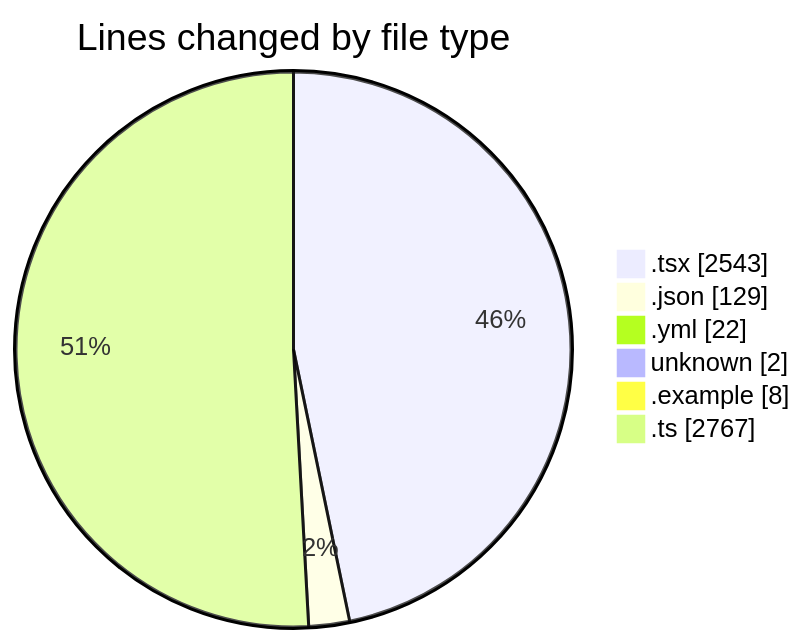
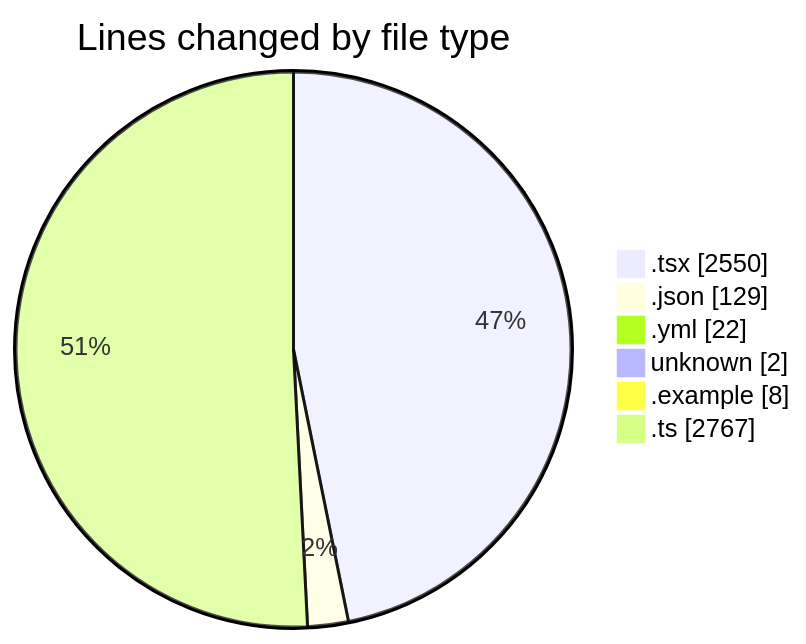
Before and after one commit to julien-gomy/code-tracking: the first of 2 diagrams in 2025-11-21/eventscop-frontend-guide__workspace_/README.md, drawn with Mermaid. The commit also changed other lines of this file and 1 other file, not shown here.

````diff
--- a/2025-11-21/eventscop-frontend-guide__workspace_/README.md
+++ b/2025-11-21/eventscop-frontend-guide__workspace_/README.md
@@ -58,10 +58,10 @@
 ```mermaid
 pie showData
 title Lines changed by file type
-".tsx" : 2543
+".tsx" : 2550
 ".json" : 129
 ".yml" : 22
 "unknown" : 2
 ".example" : 8
 ".ts" : 2767
 ```
````
